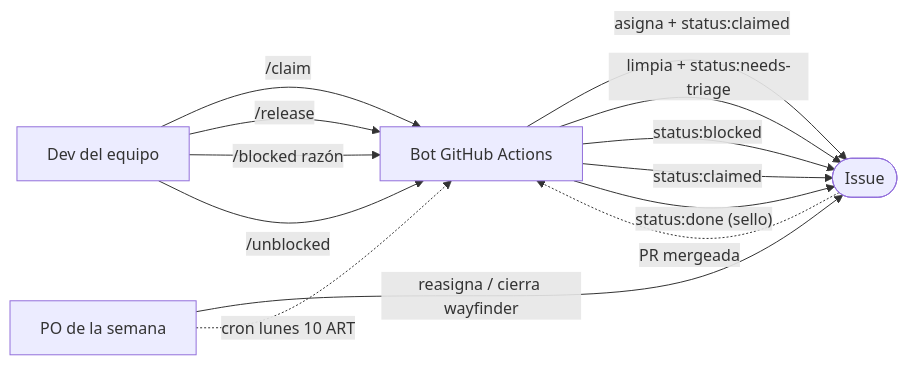
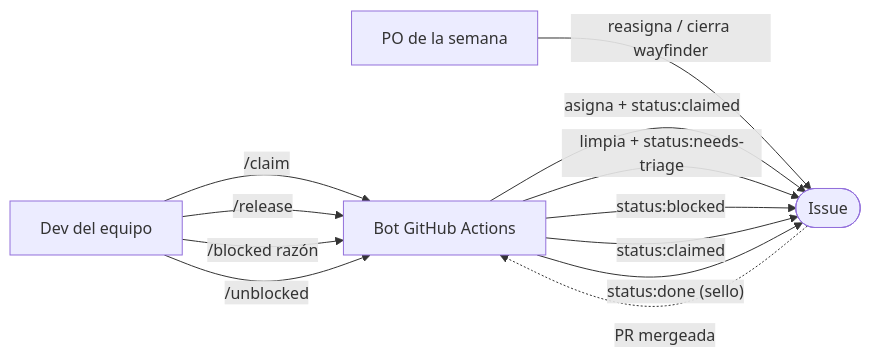
One commit to alethea-org/Alethea changed the first of 3 diagrams in .github/QUICKSTART.md. Above: the diagram before and after it, drawn with Mermaid. The commit also changed other lines of this file and 3 other files, not shown here.

````diff
--- a/.github/QUICKSTART.md
+++ b/.github/QUICKSTART.md
@@ -26,22 +26,21 @@
 ```mermaid
 flowchart LR
     Dev[Dev del equipo]
     PO[PO de la semana]
     Bot[Bot GitHub Actions]
     Issue([Issue])
 
     Dev -- "/claim" --> Bot
     Bot -- "asigna + status:claimed" --> Issue
     Dev -- "/release" --> Bot
     Bot -- "limpia + status:needs-triage" --> Issue
     Dev -- "/blocked razón" --> Bot
     Bot -- "status:blocked" --> Issue
     Dev -- "/unblocked" --> Bot
     Bot -- "status:claimed" --> Issue
 
     PO -- "reasigna / cierra wayfinder" --> Issue
-    PO -.->|"cron lunes 10 ART"| Bot
 
     Issue -.->|"PR mergeada"| Bot
     Bot -- "status:done (sello)" --> Issue
 ```
````
